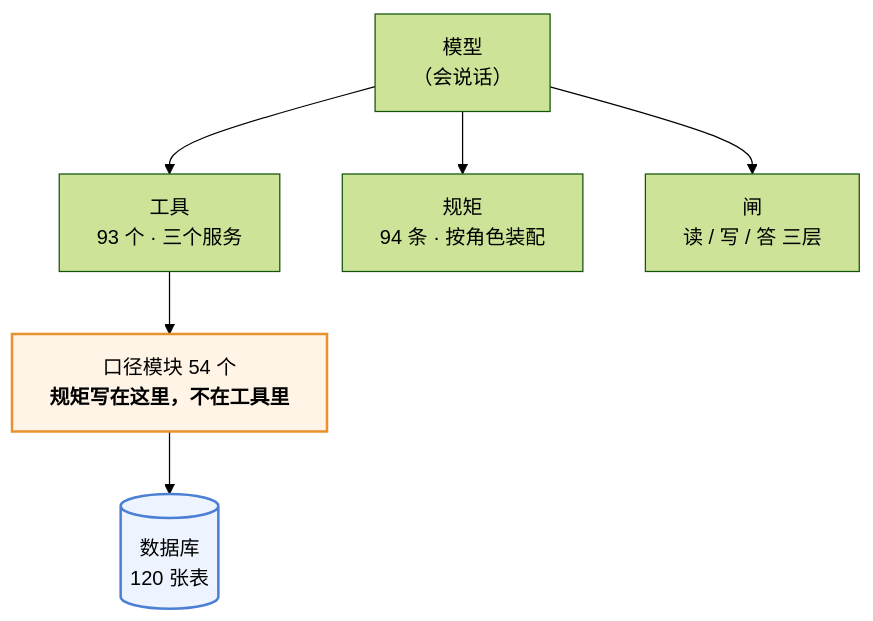
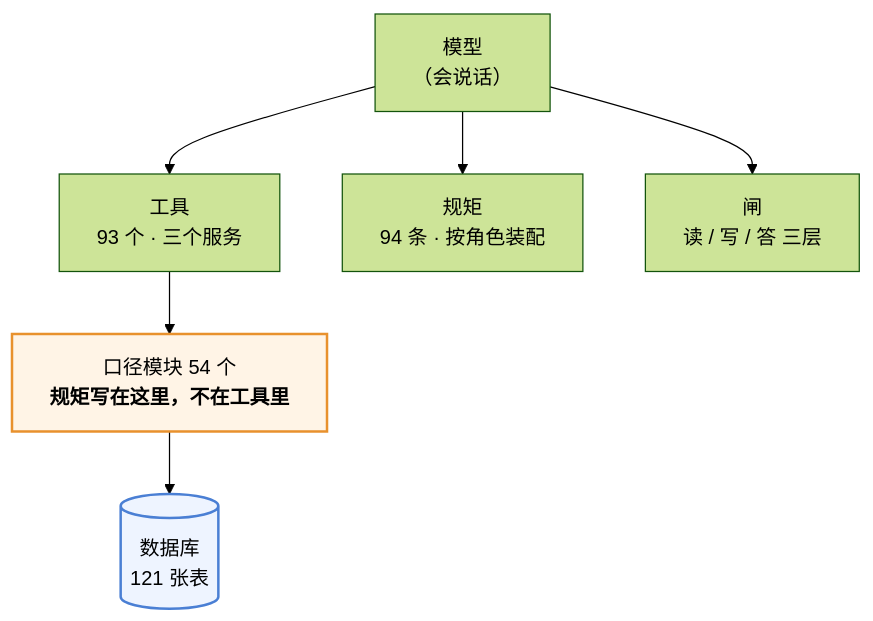
Before and after one commit to 843773296-rgb/lanxiu-yunshang-agent: the first of 3 diagrams in 澜绣云裳agent-产品说明.md, drawn with Mermaid (forest theme). The commit also changed other lines of this file and 15 other files, not shown here.

````diff
--- a/澜绣云裳agent-产品说明.md
+++ b/澜绣云裳agent-产品说明.md
@@ -62,12 +62,12 @@
 ```mermaid
 flowchart TD
     M["模型<br/>（会说话）"]
     M --> T["工具<br/>93 个 · 三个服务"]
     M --> R["规矩<br/>94 条 · 按角色装配"]
     M --> G["闸<br/>读 / 写 / 答 三层"]
     T --> K["口径模块 54 个<br/><b>规矩写在这里，不在工具里</b>"]
-    K --> DB[("数据库<br/>120 张表")]
+    K --> DB[("数据库<br/>121 张表")]
 
     style K fill:#fff4e6,stroke:#e8912d,stroke-width:2px
     style DB fill:#eef4ff,stroke:#4a7fd4,stroke-width:2px
 ```
````
